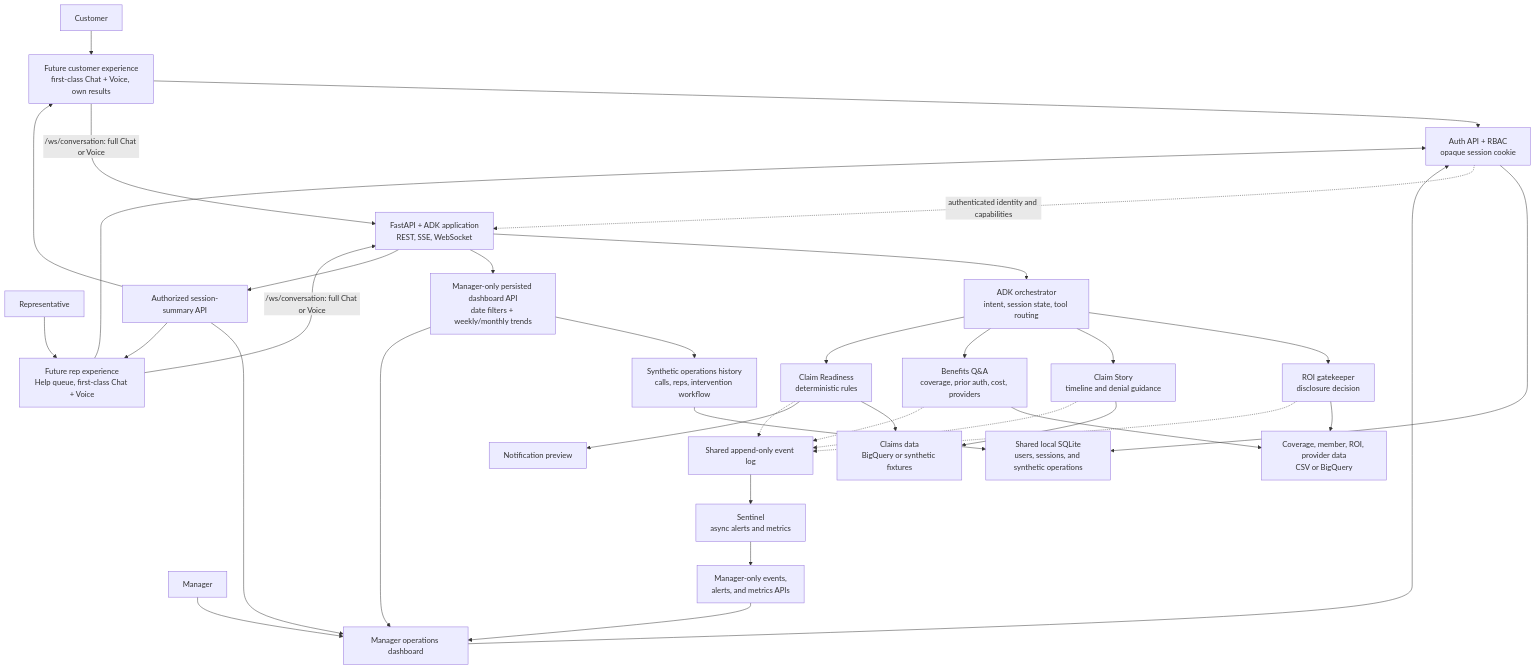
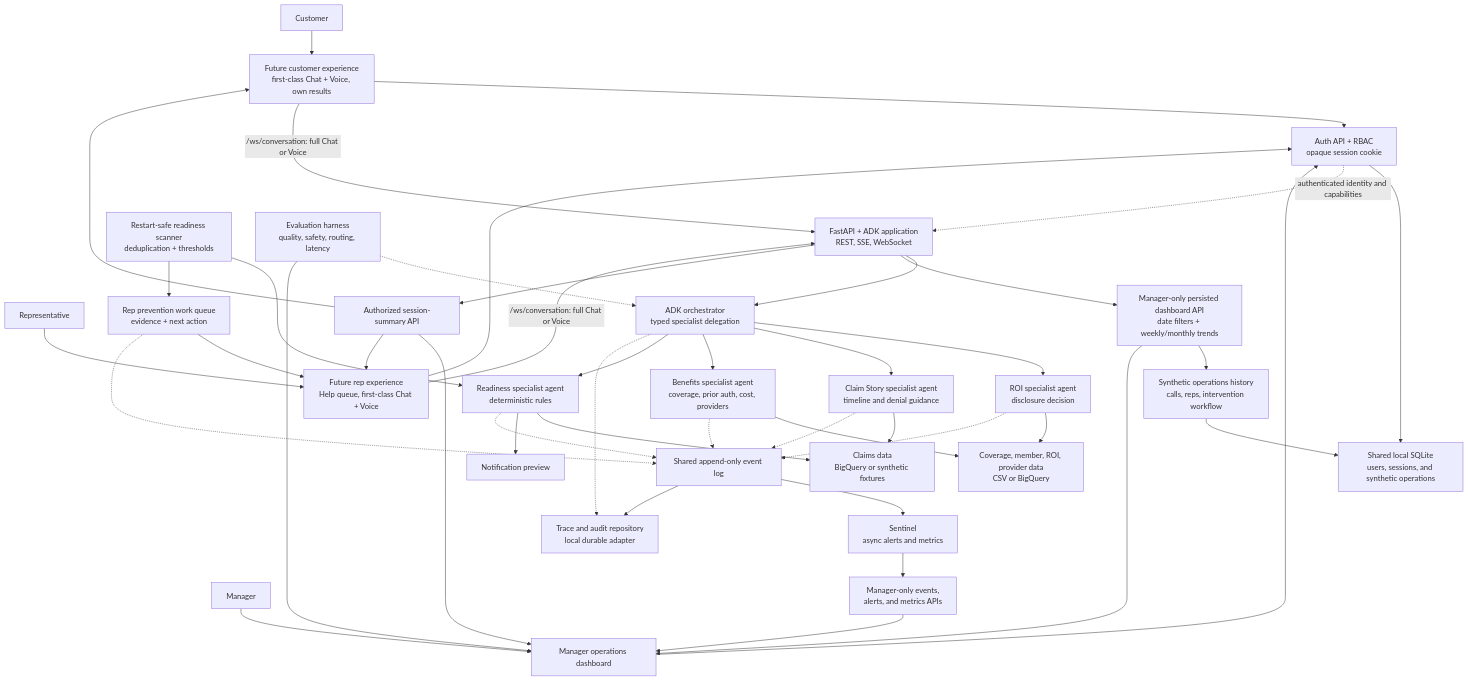
Before and after one commit to zhangdaniel62/humana-hackathon-2026: the diagram in assets/docs/overall_plan.md, drawn with Mermaid. The commit also changed other lines of this file, not shown here.

````diff
--- a/assets/docs/overall_plan.md
+++ b/assets/docs/overall_plan.md
@@ -151,62 +173,74 @@
 ```mermaid
 flowchart TD
     Customer["Customer"]
     Rep["Representative"]
     Manager["Manager"]
     CustomerUI["Future customer experience<br/>first-class Chat + Voice, own results"]
     RepUI["Future rep experience<br/>Help queue, first-class Chat + Voice"]
     ManagerUI["Manager operations dashboard"]
     Auth["Auth API + RBAC<br/>opaque session cookie"]
     AuthDB["Shared local SQLite<br/>users, sessions, and synthetic operations"]
     API["FastAPI + ADK application<br/>REST, SSE, WebSocket"]
-    Orchestrator["ADK orchestrator<br/>intent, session state, tool routing"]
-    ROI["ROI gatekeeper<br/>disclosure decision"]
-    Claim["Claim Story<br/>timeline and denial guidance"]
-    Benefits["Benefits Q&A<br/>coverage, prior auth, cost, providers"]
-    Readiness["Claim Readiness<br/>deterministic rules"]
+    Orchestrator["ADK orchestrator<br/>typed specialist delegation"]
+    ROI["ROI specialist agent<br/>disclosure decision"]
+    Claim["Claim Story specialist agent<br/>timeline and denial guidance"]
+    Benefits["Benefits specialist agent<br/>coverage, prior auth, cost, providers"]
+    Readiness["Readiness specialist agent<br/>deterministic rules"]
     Preview["Notification preview"]
     ClaimsData["Claims data<br/>BigQuery or synthetic fixtures"]
     BenefitsData["Coverage, member, ROI, provider data<br/>CSV or BigQuery"]
     EventLog["Shared append-only event log"]
     Sentinel["Sentinel<br/>async alerts and metrics"]
     ManagerAPI["Manager-only events,<br/>alerts, and metrics APIs"]
     DashboardAPI["Manager-only persisted dashboard API<br/>date filters + weekly/monthly trends"]
     OperationsStore["Synthetic operations history<br/>calls, reps, intervention workflow"]
     SummaryAPI["Authorized session-summary API"]
+    Scanner["Restart-safe readiness scanner<br/>deduplication + thresholds"]
+    WorkQueue["Rep prevention work queue<br/>evidence + next action"]
+    Evaluation["Evaluation harness<br/>quality, safety, routing, latency"]
+    TraceStore["Trace and audit repository<br/>local durable adapter"]
 
     Customer --> CustomerUI
     Rep --> RepUI
     Manager --> ManagerUI
     CustomerUI --> Auth
     RepUI --> Auth
     ManagerUI --> Auth
     Auth --> AuthDB
     Auth -.->|"authenticated identity and capabilities"| API
     CustomerUI -->|"/ws/conversation: full Chat or Voice"| API
     RepUI -->|"/ws/conversation: full Chat or Voice"| API
     API --> Orchestrator
     Orchestrator --> ROI
     Orchestrator --> Claim
     Orchestrator --> Benefits
     Orchestrator --> Readiness
     Claim --> ClaimsData
     Readiness --> ClaimsData
     Benefits --> BenefitsData
     ROI --> BenefitsData
     Readiness --> Preview
+    Scanner --> Readiness
+    Scanner --> WorkQueue
+    WorkQueue --> RepUI
+    WorkQueue -.-> EventLog
     ROI -.-> EventLog
     Claim -.-> EventLog
     Benefits -.-> EventLog
     Readiness -.-> EventLog
     EventLog --> Sentinel
     Sentinel --> ManagerAPI
     ManagerAPI --> ManagerUI
     API --> DashboardAPI
     DashboardAPI --> OperationsStore
     OperationsStore --> AuthDB
     DashboardAPI --> ManagerUI
     API --> SummaryAPI
     SummaryAPI --> ManagerUI
     SummaryAPI --> RepUI
     SummaryAPI --> CustomerUI
+    Orchestrator -.-> TraceStore
+    EventLog --> TraceStore
+    Evaluation -.-> Orchestrator
+    Evaluation --> ManagerUI
 ```
````
